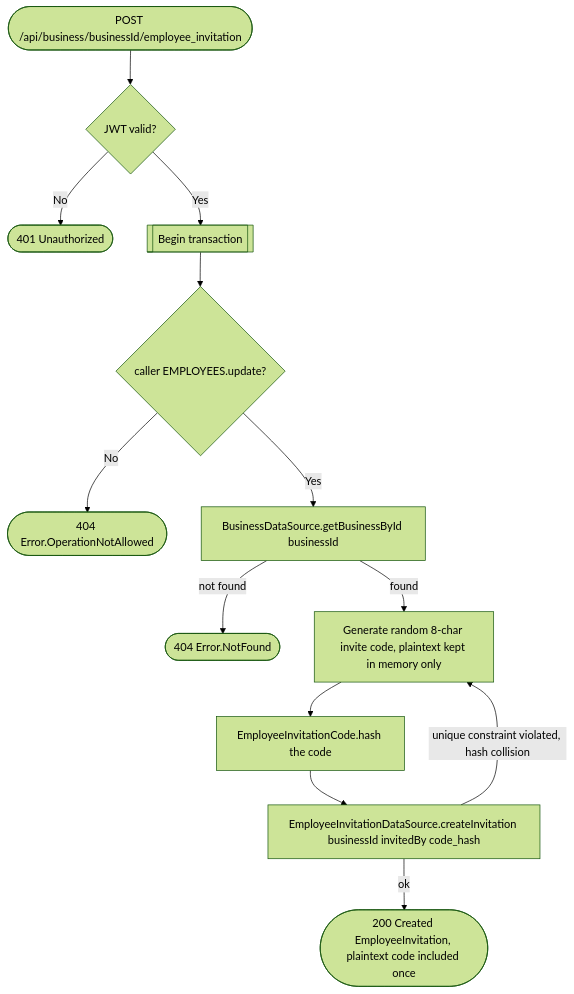
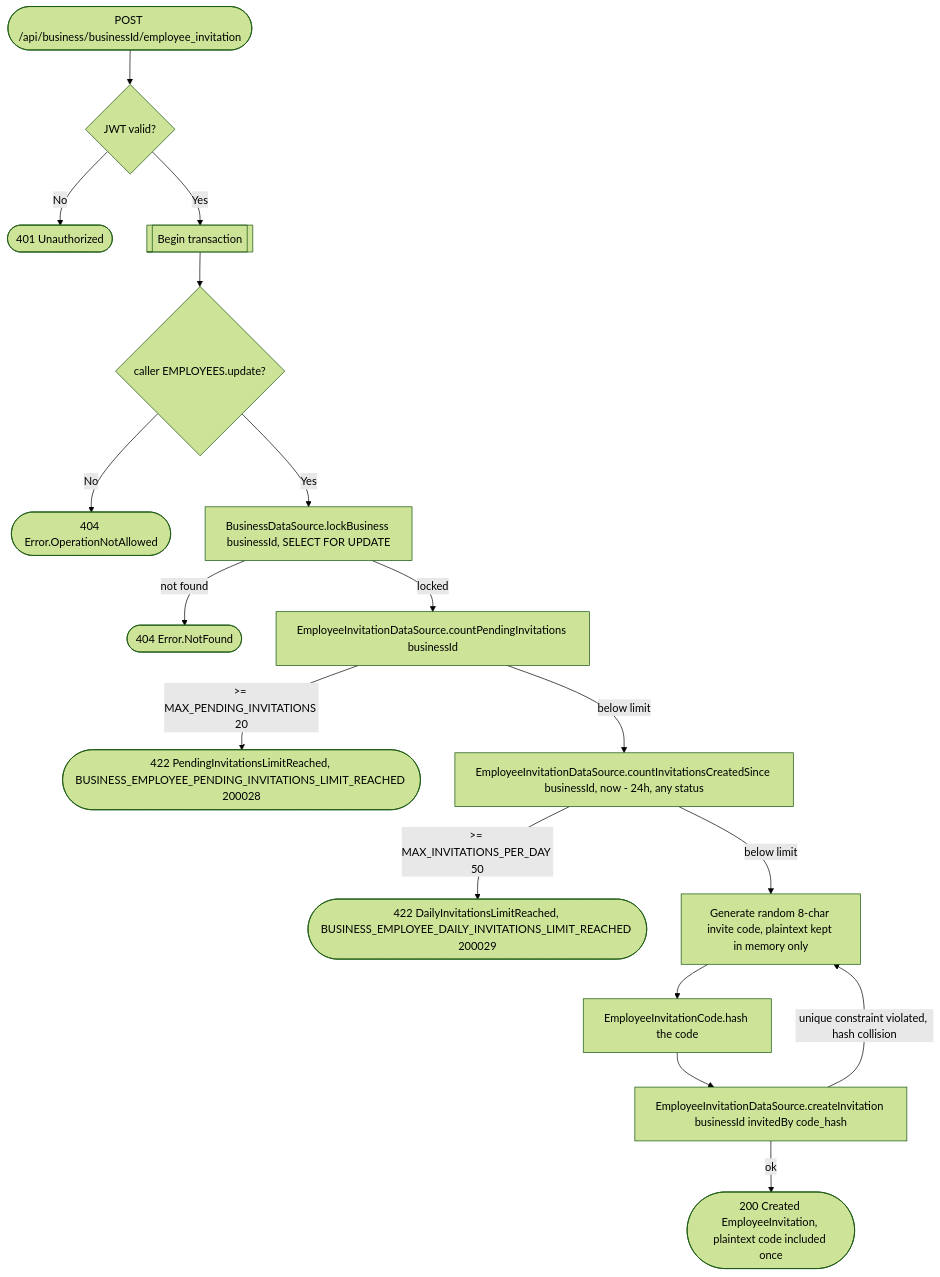
Before and after one commit to an22/bookk.me-backend: the diagram in docs/operations/business/create-employee-invitation.md, drawn with Mermaid (forest theme). The commit also changed other lines of this file and 35 other files, not shown here.

````diff
--- a/docs/operations/business/create-employee-invitation.md
+++ b/docs/operations/business/create-employee-invitation.md
@@ -35,15 +57,19 @@
 ```mermaid
 flowchart TD
     Start([POST /api/business/businessId/employee_invitation]) --> Auth{JWT valid?}
     Auth -- No --> R401([401 Unauthorized])
     Auth -- Yes --> Tx[[Begin transaction]]
     Tx --> Perm{caller EMPLOYEES.update?}
     Perm -- No --> R404a([404 Error.OperationNotAllowed])
-    Perm -- Yes --> GetBiz[BusinessDataSource.getBusinessById businessId]
-    GetBiz -- not found --> R404b([404 Error.NotFound])
-    GetBiz -- found --> GenCode[Generate random 8-char invite code, plaintext kept in memory only]
+    Perm -- Yes --> LockBiz[BusinessDataSource.lockBusiness businessId, SELECT FOR UPDATE]
+    LockBiz -- not found --> R404b([404 Error.NotFound])
+    LockBiz -- locked --> Count[EmployeeInvitationDataSource.countPendingInvitations businessId]
+    Count -- ">= MAX_PENDING_INVITATIONS 20" --> R422([422 PendingInvitationsLimitReached, BUSINESS_EMPLOYEE_PENDING_INVITATIONS_LIMIT_REACHED 200028])
+    Count -- below limit --> CountToday[EmployeeInvitationDataSource.countInvitationsCreatedSince businessId, now - 24h, any status]
+    CountToday -- ">= MAX_INVITATIONS_PER_DAY 50" --> R422b([422 DailyInvitationsLimitReached, BUSINESS_EMPLOYEE_DAILY_INVITATIONS_LIMIT_REACHED 200029])
+    CountToday -- below limit --> GenCode[Generate random 8-char invite code, plaintext kept in memory only]
     GenCode --> HashCode[EmployeeInvitationCode.hash the code]
     HashCode --> CreateInvite[EmployeeInvitationDataSource.createInvitation businessId invitedBy code_hash]
     CreateInvite -- unique constraint violated, hash collision --> GenCode
     CreateInvite -- ok --> R200([200 Created EmployeeInvitation, plaintext code included once])
 ```
````
